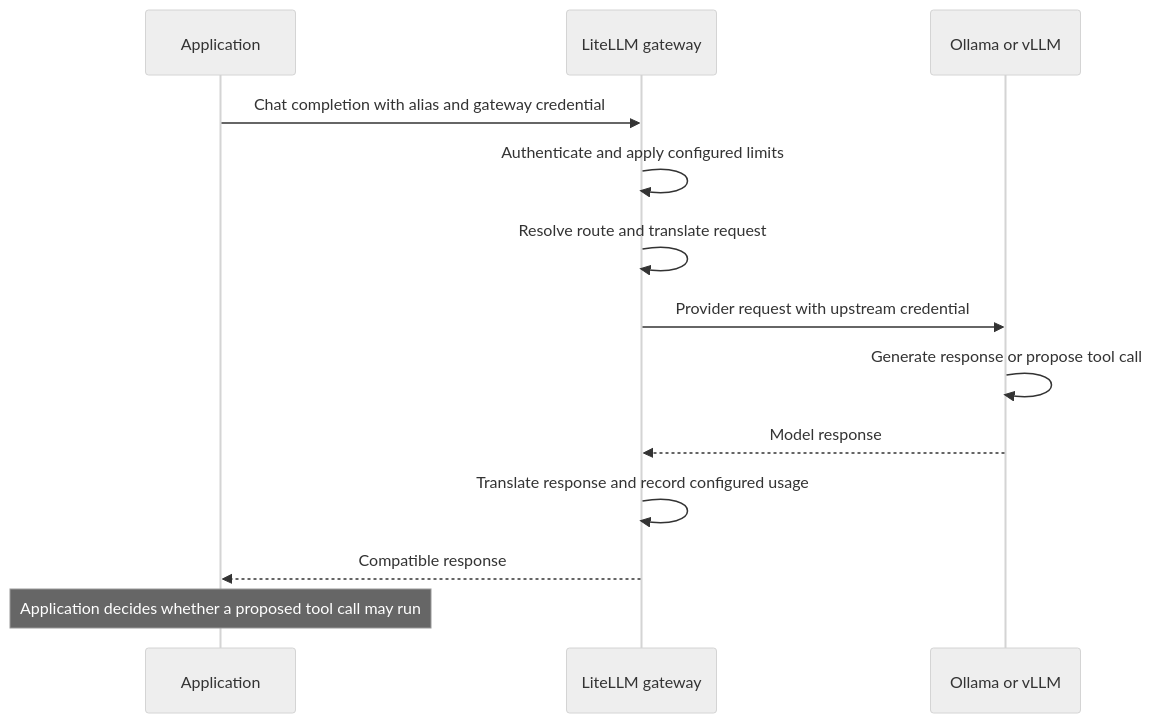
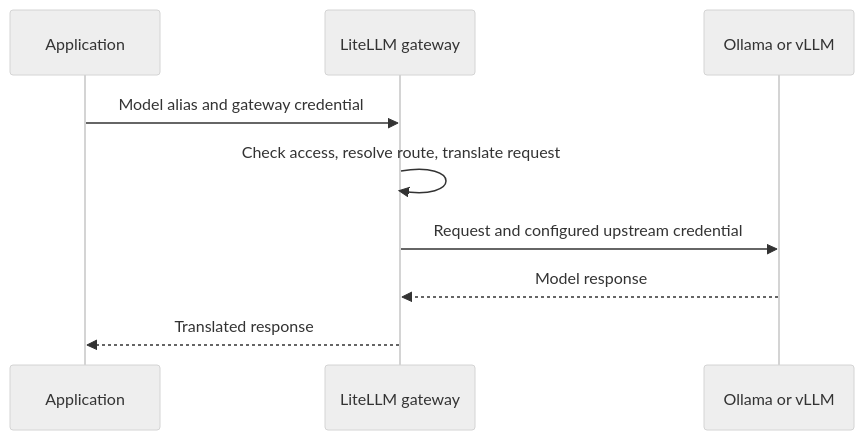
The diagram in www/docs/zettelkasten/ai/gateway/request_routing.md (chanjunren/chanjunren.github.io), drawn with Mermaid (neutral theme) before and after one commit. The commit also changed other lines of this file and 32 other files, not shown here.

````diff
--- a/www/docs/zettelkasten/ai/gateway/request_routing.md
+++ b/www/docs/zettelkasten/ai/gateway/request_routing.md
@@ -9,15 +9,11 @@
 ```mermaid
 sequenceDiagram
   participant A as Application
   participant G as LiteLLM gateway
   participant V as Ollama or vLLM
-  A->>G: Chat completion with alias and gateway credential
-  G->>G: Authenticate and apply configured limits
-  G->>G: Resolve route and translate request
-  G->>V: Provider request with upstream credential
-  V->>V: Generate response or propose tool call
+  A->>G: Model alias and gateway credential
+  G->>G: Check access, resolve route, translate request
+  G->>V: Request and configured upstream credential
   V-->>G: Model response
-  G->>G: Translate response and record configured usage
-  G-->>A: Compatible response
-  Note over A: Application decides whether a proposed tool call may run
+  G-->>A: Translated response
 ```
````
